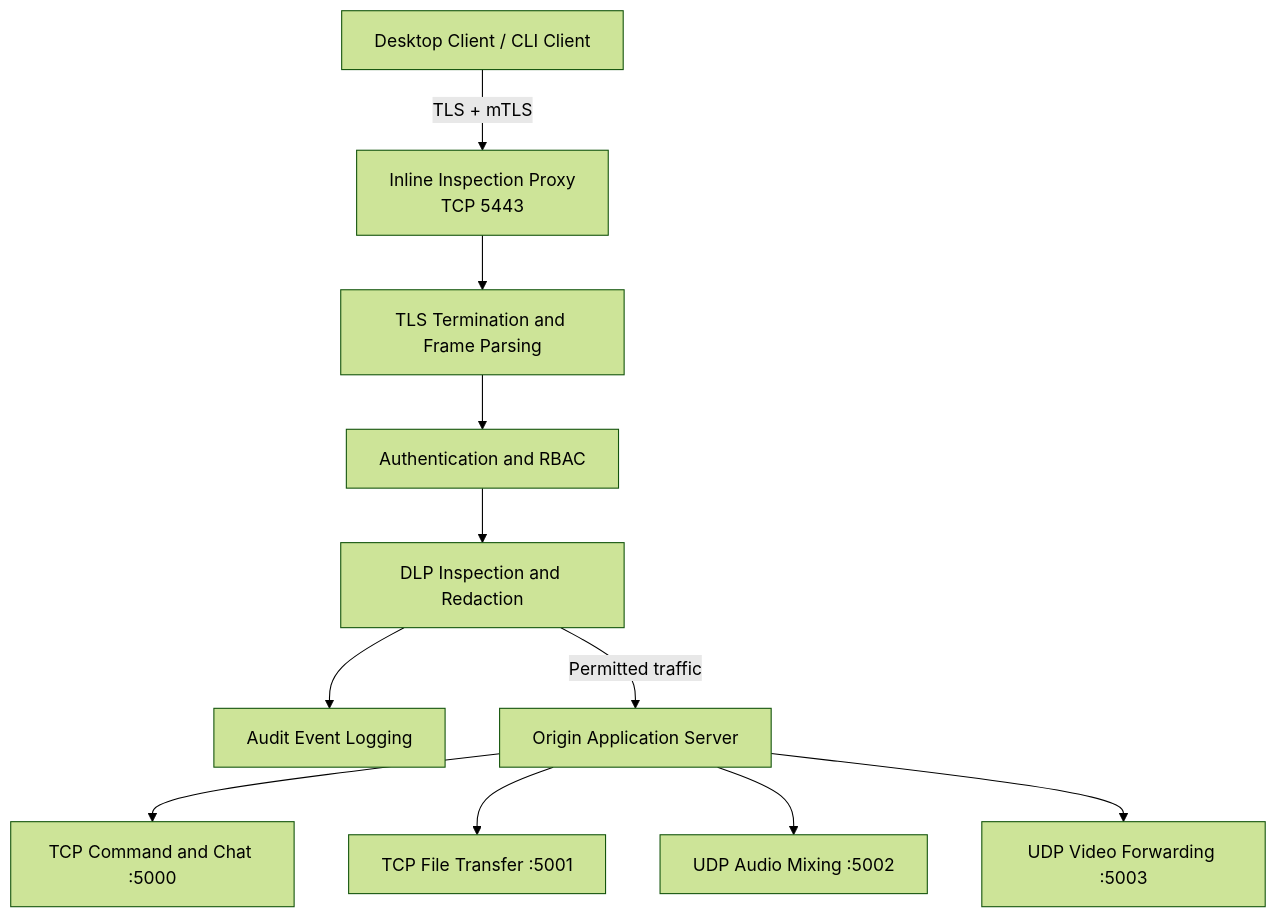
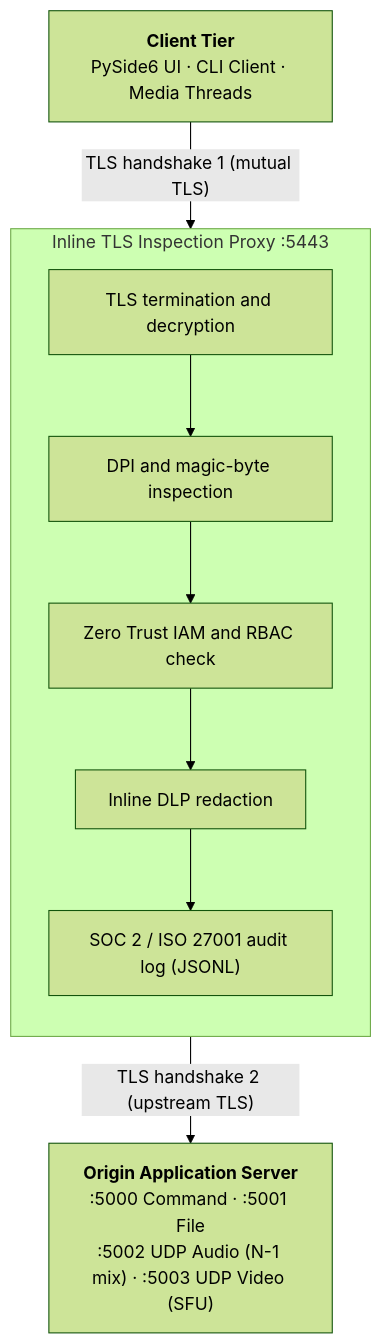
The diagram in README.md (umesherra7763/secure_lan_zero_Trust), drawn with Mermaid (forest theme) before and after one commit. The commit also changed other lines of this file, not shown here.

````diff
--- a/README.md
+++ b/README.md
@@ -46,13 +28,14 @@
 ```mermaid
 flowchart TD
-    A[Desktop Client / CLI Client] -->|TLS + mTLS| B[Inline Inspection Proxy<br/>TCP 5443]
-    B --> C[TLS Termination and Frame Parsing]
-    C --> D[Authentication and RBAC]
-    D --> E[DLP Inspection and Redaction]
-    E --> F[Audit Event Logging]
-    E -->|Permitted traffic| G[Origin Application Server]
-    G --> H[TCP Command and Chat :5000]
-    G --> I[TCP File Transfer :5001]
-    G --> J[UDP Audio Mixing :5002]
-    G --> K[UDP Video Forwarding :5003]
+    C["<b>Client Tier</b><br/>PySide6 UI · CLI Client · Media Threads"]
+    subgraph P["Inline TLS Inspection Proxy :5443"]
+        direction TB
+        P1["TLS termination and decryption"] --> P2["DPI and magic-byte inspection"]
+        P2 --> P3["Zero Trust IAM and RBAC check"]
+        P3 --> P4["Inline DLP redaction"]
+        P4 --> P5["SOC 2 / ISO 27001 audit log (JSONL)"]
+    end
+    O["<b>Origin Application Server</b><br/>:5000 Command · :5001 File<br/>:5002 UDP Audio (N-1 mix) · :5003 UDP Video (SFU)"]
+    C -- "TLS handshake 1 (mutual TLS)" --> P
+    P -- "TLS handshake 2 (upstream TLS)" --> O
 ```
````
